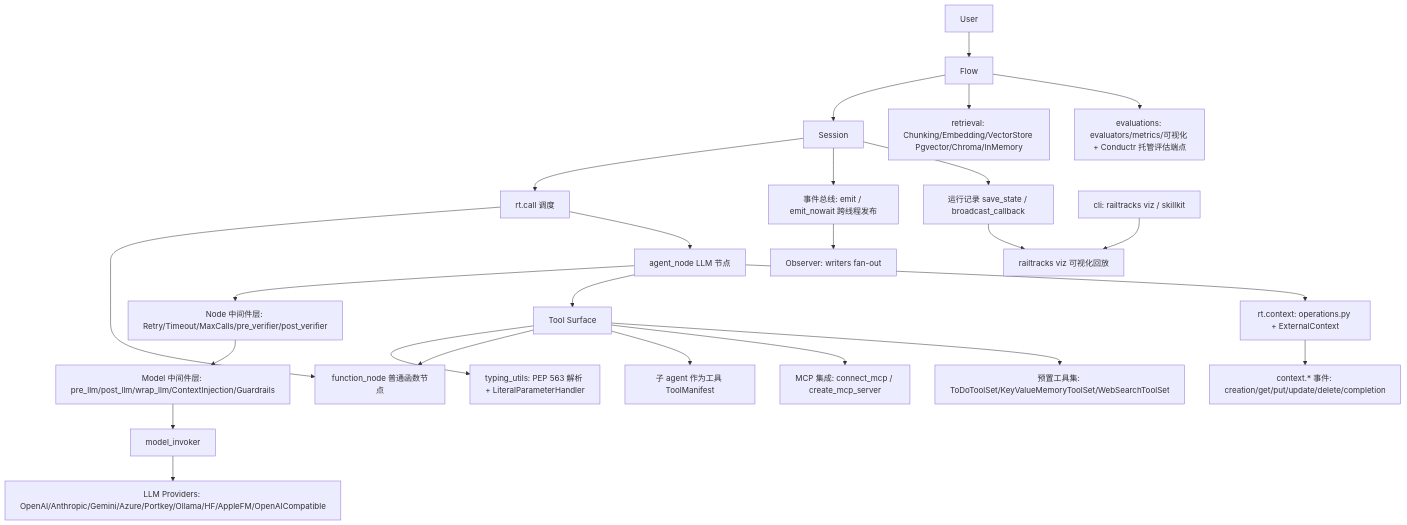
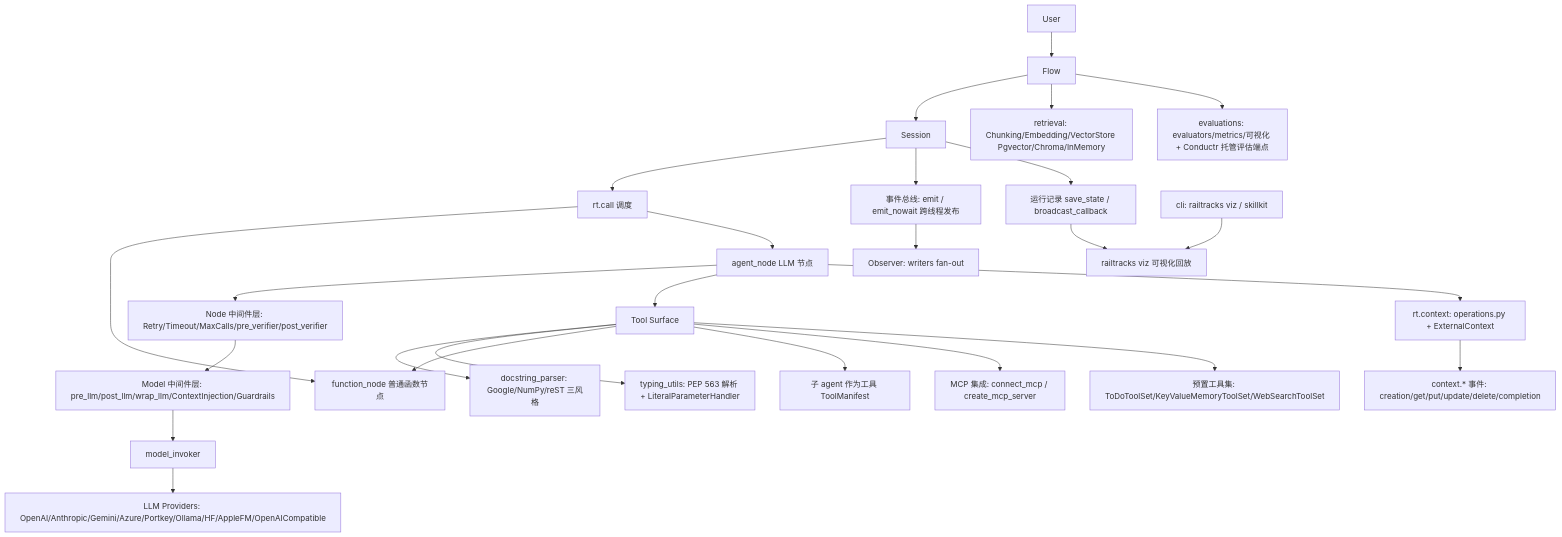
The diagram in RailtownAI-railtracks/architecture.md (czm233/gitwire-vault), drawn with Mermaid before and after one commit. The commit also changed other lines of this file and 10 other files, not shown here.

````diff
--- a/RailtownAI-railtracks/architecture.md
+++ b/RailtownAI-railtracks/architecture.md
@@ -5,27 +5,28 @@
 ```mermaid
 flowchart TD
     User --> Flow
     Flow --> Session
     Session --> NodeCall[rt.call 调度]
     NodeCall --> FunctionNode[function_node 普通函数节点]
     NodeCall --> AgentNode[agent_node LLM 节点]
     AgentNode --> NodeMW[Node 中间件层: Retry/Timeout/MaxCalls/pre_verifier/post_verifier]
     NodeMW --> ModelMW[Model 中间件层: pre_llm/post_llm/wrap_llm/ContextInjection/Guardrails]
     ModelMW --> ModelInvoker[model_invoker]
     ModelInvoker --> Providers[LLM Providers: OpenAI/Anthropic/Gemini/Azure/Portkey/Ollama/HF/AppleFM/OpenAICompatible]
     AgentNode --> Tools[Tool Surface]
+    Tools --> DocParse[docstring_parser: Google/NumPy/reST 三风格]
     Tools --> TypeResolve[typing_utils: PEP 563 解析 + LiteralParameterHandler]
     Tools --> FunctionNode
     Tools --> SubAgent[子 agent 作为工具 ToolManifest]
     Tools --> MCP[MCP 集成: connect_mcp / create_mcp_server]
     Tools --> Prebuilt[预置工具集: ToDoToolSet/KeyValueMemoryToolSet/WebSearchToolSet]
     AgentNode --> Context[rt.context: operations.py + ExternalContext]
     Context --> CtxEvents[context.* 事件: creation/get/put/update/delete/completion]
     Session --> EventBus[事件总线: emit / emit_nowait 跨线程发布]
     EventBus --> Observer[Observer: writers fan-out]
     Session --> Record[运行记录 save_state / broadcast_callback]
     Record --> Viz[railtracks viz 可视化回放]
     Flow --> Retrieval[retrieval: Chunking/Embedding/VectorStore Pgvector/Chroma/InMemory]
     Flow --> Evaluations[evaluations: evaluators/metrics/可视化 + Conductr 托管评估端点]
     CLI[cli: railtracks viz / skillkit] --> Viz
 ```
````
